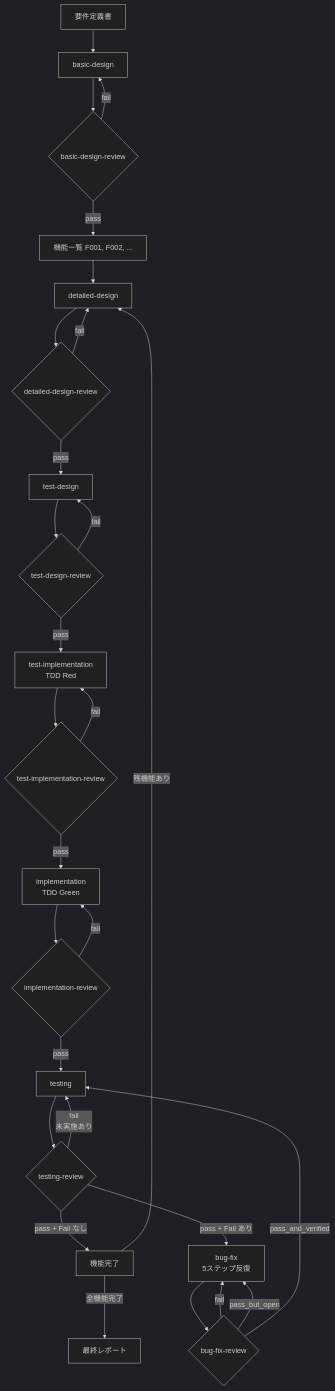
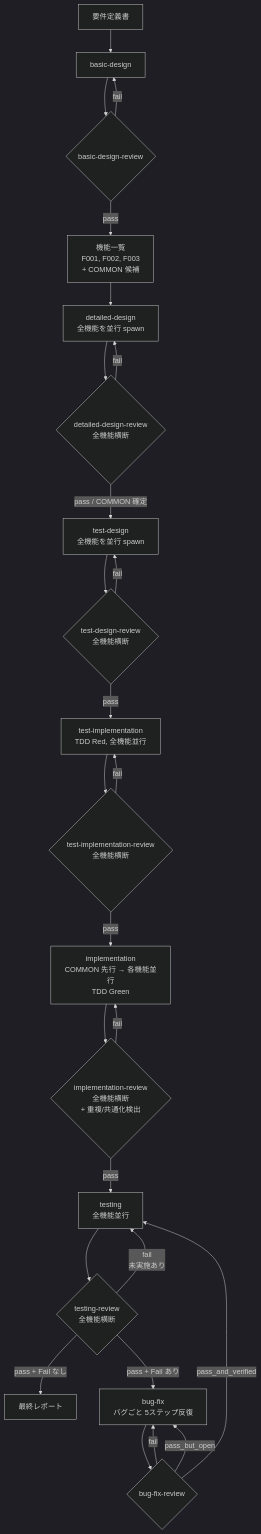
One commit to yamasuki-/software_dev_workflow changed the third of 3 diagrams in README.md. Above: the diagram before and after it, drawn with Mermaid (dark theme). The commit also changed other lines of this file and 13 other files, not shown here.

````diff
--- a/README.md
+++ b/README.md
@@ -864,30 +864,29 @@
 ```mermaid
 flowchart TD
     Req[要件定義書] --> BD[basic-design]
     BD --> BDR{basic-design-review}
     BDR -->|fail| BD
-    BDR -->|pass| FL[機能一覧 F001, F002, ...]
-    FL --> DD[detailed-design]
-    DD --> DDR{detailed-design-review}
-    DDR -->|fail| DD
-    DDR -->|pass| TD[test-design]
-    TD --> TDR{test-design-review}
-    TDR -->|fail| TD
-    TDR -->|pass| TI[test-implementation<br/>TDD Red]
-    TI --> TIR{test-implementation-review}
-    TIR -->|fail| TI
-    TIR -->|pass| Impl[implementation<br/>TDD Green]
-    Impl --> IR{implementation-review}
-    IR -->|fail| Impl
-    IR -->|pass| Test[testing]
-    Test --> TR{testing-review}
-    TR -->|fail<br/>未実施あり| Test
-    TR -->|pass + Fail なし| Done[機能完了]
-    TR -->|pass + Fail あり| Bug[bug-fix<br/>5ステップ反復]
+    BDR -->|pass| FL[機能一覧<br/>F001, F002, F003<br/>+ COMMON 候補]
+
+    FL --> DDBatch[detailed-design<br/>全機能を並行 spawn]
+    DDBatch --> DDR{detailed-design-review<br/>全機能横断}
+    DDR -->|fail| DDBatch
+    DDR -->|pass / COMMON 確定| TDBatch[test-design<br/>全機能を並行 spawn]
+    TDBatch --> TDR{test-design-review<br/>全機能横断}
+    TDR -->|fail| TDBatch
+    TDR -->|pass| TIBatch[test-implementation<br/>TDD Red, 全機能並行]
+    TIBatch --> TIR{test-implementation-review<br/>全機能横断}
+    TIR -->|fail| TIBatch
+    TIR -->|pass| ImplBatch[implementation<br/>COMMON 先行 → 各機能並行<br/>TDD Green]
+    ImplBatch --> IR{implementation-review<br/>全機能横断<br/>+ 重複/共通化検出}
+    IR -->|fail| ImplBatch
+    IR -->|pass| TestBatch[testing<br/>全機能並行]
+    TestBatch --> TR{testing-review<br/>全機能横断}
+    TR -->|fail<br/>未実施あり| TestBatch
+    TR -->|pass + Fail なし| Final[最終レポート]
+    TR -->|pass + Fail あり| Bug[bug-fix<br/>バグごと 5ステップ反復]
     Bug --> BFR{bug-fix-review}
     BFR -->|fail| Bug
     BFR -->|pass_but_open| Bug
-    BFR -->|pass_and_verified| Test
-    Done -->|残機能あり| DD
-    Done -->|全機能完了| Final[最終レポート]
+    BFR -->|pass_and_verified| TestBatch
 ```
````
